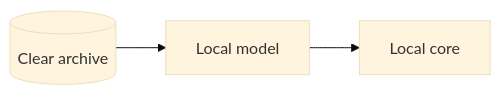
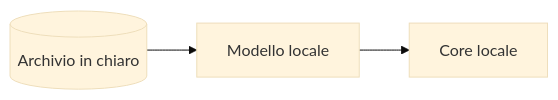
One commit to Wulfgardr/work-assistant changed the fourth of 4 diagrams in docs/security/pseudonymization/proposals/agent-privacy-boundary.md. Above: the diagram before and after it, drawn with Mermaid (base theme). The commit also changed other lines of this file and 38 other files, not shown here.

````diff
--- a/docs/security/pseudonymization/proposals/agent-privacy-boundary.md
+++ b/docs/security/pseudonymization/proposals/agent-privacy-boundary.md
@@ -101,5 +72,5 @@
 ```mermaid
 flowchart LR
-  Archive[(Clear archive)] --> Model[Local model]
-  Model --> Core[Local core]
+  Archivio[(Archivio in chiaro)] --> Modello[Modello locale]
+  Modello --> Core[Core locale]
 ```
````
